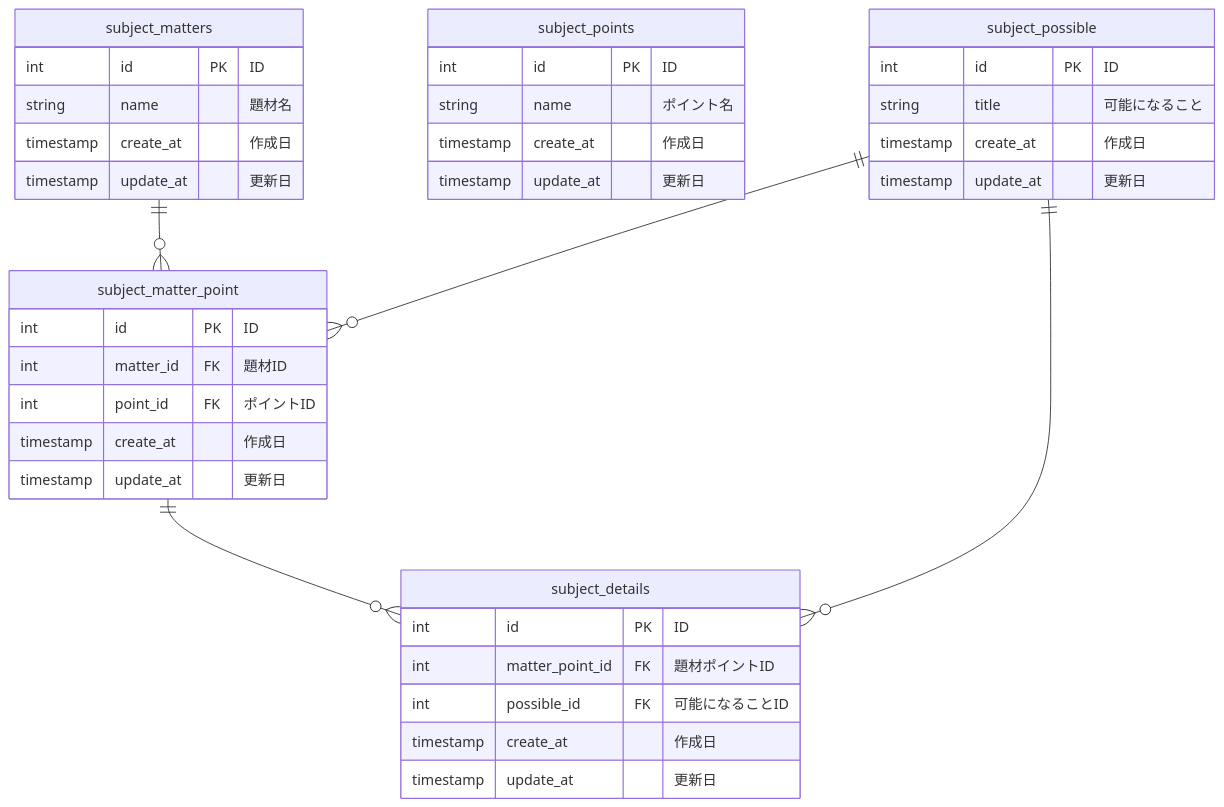
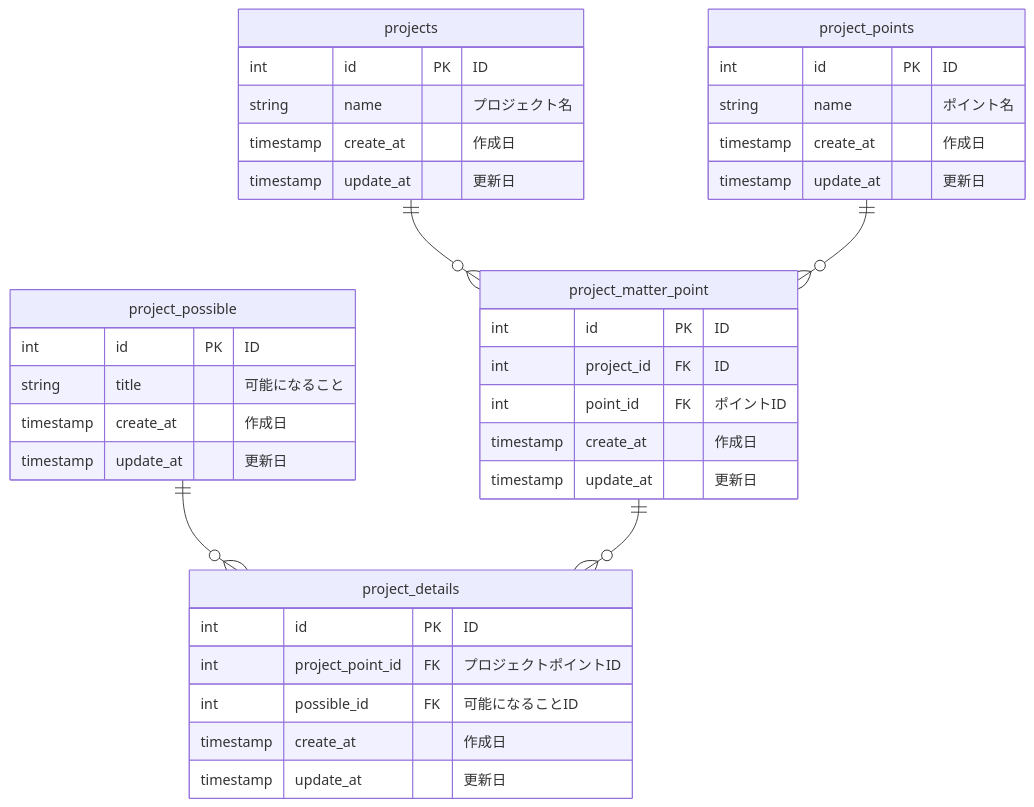
The diagram in 3-8.md (kubo-work/ER-Lesson), drawn with Mermaid before and after one commit. The commit also changed 1 other file, not shown here.

Commit message:
3-6 、3-8 テーブル作成

````diff
--- a/3-8.md
+++ b/3-8.md
@@ -1,45 +1,45 @@
 ```mermaid
     erDiagram 
-        subject_matters{
+        projects{
             int id PK "ID"
-            string name "題材名"
+            string name "プロジェクト名"
             timestamp create_at  "作成日"
             timestamp update_at  "更新日"
         }
         
-        subject_points{
+        project_points{
             int id PK "ID"
             string name "ポイント名"
             timestamp create_at  "作成日"
             timestamp update_at  "更新日"
         }
 
-        subject_possible{
+        project_possible{
             int id PK "ID"
             string title "可能になること"
             timestamp create_at  "作成日"
             timestamp update_at  "更新日"
         }
 
         %% 題材とポイントの中間テーブル
-        subject_matter_point{
+        project_matter_point{
             int id PK "ID"
-            int matter_id FK "題材ID"
+            int project_id FK "ID"
             int point_id FK "ポイントID"
             timestamp create_at  "作成日"
             timestamp update_at  "更新日"
         }
 
-        subject_details{
+        project_details{
             int id PK "ID"
-            int matter_point_id FK "題材ポイントID"
+            int project_point_id FK "プロジェクトポイントID"
             int possible_id FK "可能になることID"
             timestamp create_at  "作成日"
             timestamp update_at  "更新日"
         }
 
-        subject_matters ||--o{ subject_matter_point: ""
-        subject_possible ||--o{ subject_matter_point: ""
-        subject_matter_point ||--o{ subject_details: ""
-        subject_possible ||--o{ subject_details: ""
+        projects ||--o{ project_matter_point: ""
+        project_points ||--o{ project_matter_point: ""
+        project_possible ||--o{ project_details: ""
+        project_matter_point ||--o{ project_details: ""
 ```
````
